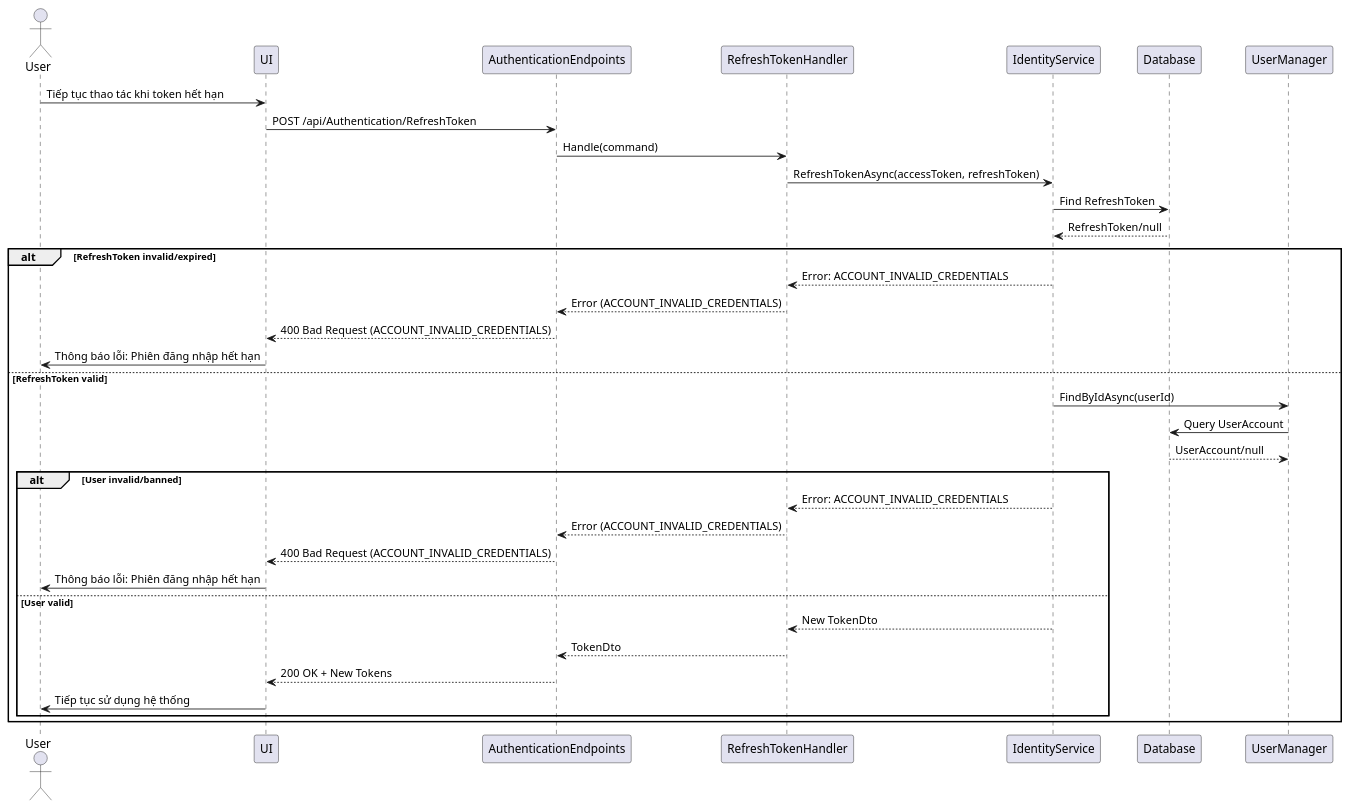
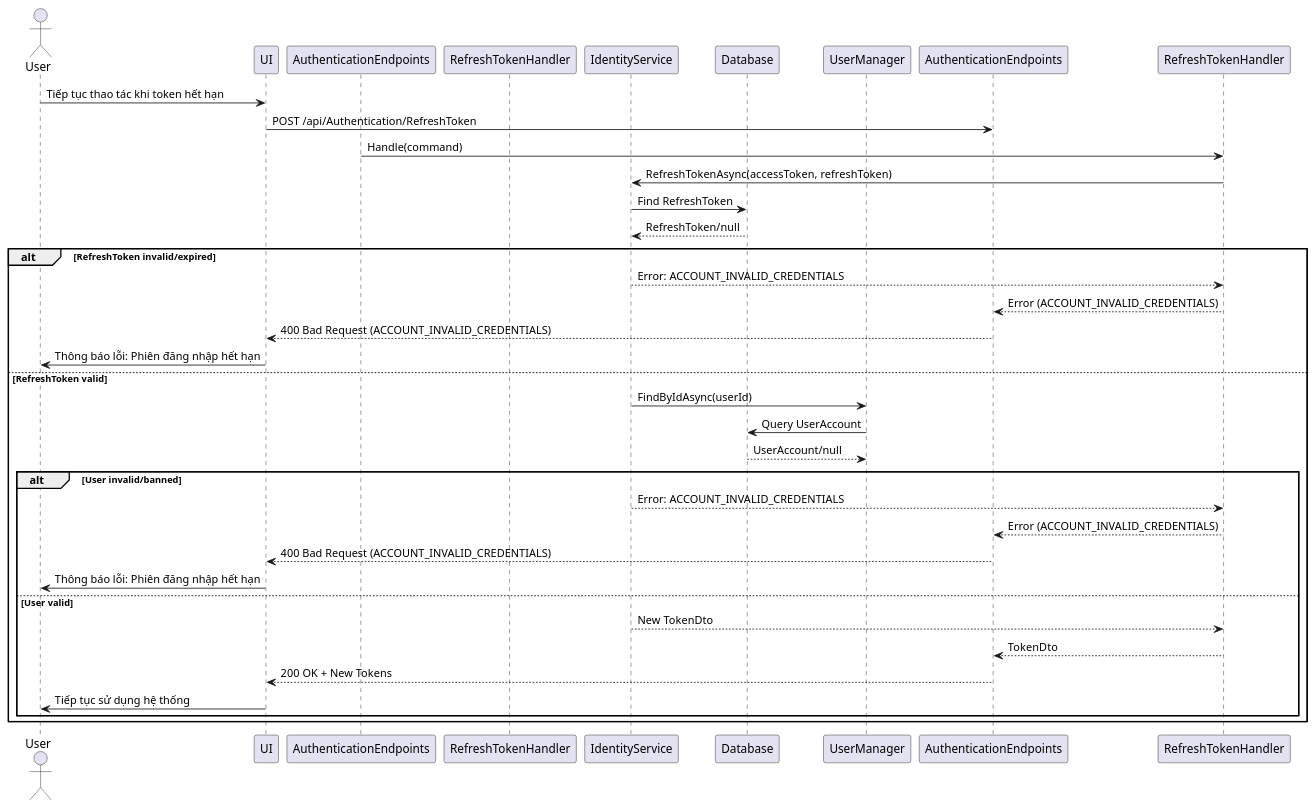
Before and after one commit to thanhkhac/SEP_Diagram: the diagram in authentication/Sequence/05_RefreshToken.puml, drawn with PlantUML. The commit also changed 8 other files, not shown here.

First line of the commit message:
Update authentication sequence diagrams for clarity and consistency

```diff
--- a/authentication/Sequence/05_RefreshToken.puml
+++ b/authentication/Sequence/05_RefreshToken.puml
@@ -1,37 +1,37 @@
 @startuml
 actor User
 participant UI
-participant AuthenticationEndpoints
-participant RefreshTokenHandler
+participant AuthenticationEndpoints as Endpoint
+participant RefreshTokenHandler as Handler
 participant IdentityService
 participant Database
 participant UserManager
 
 User -> UI : Tiếp tục thao tác khi token hết hạn
 UI -> AuthenticationEndpoints : POST /api/Authentication/RefreshToken
-AuthenticationEndpoints -> RefreshTokenHandler : Handle(command)
+Endpoint -> RefreshTokenHandler : Handle(command)
 RefreshTokenHandler -> IdentityService : RefreshTokenAsync(accessToken, refreshToken)
 IdentityService -> Database : Find RefreshToken
 Database --> IdentityService : RefreshToken/null
 alt RefreshToken invalid/expired
     IdentityService --> RefreshTokenHandler : Error: ACCOUNT_INVALID_CREDENTIALS
     RefreshTokenHandler --> AuthenticationEndpoints : Error (ACCOUNT_INVALID_CREDENTIALS)
     AuthenticationEndpoints --> UI : 400 Bad Request (ACCOUNT_INVALID_CREDENTIALS)
     UI -> User : Thông báo lỗi: Phiên đăng nhập hết hạn
 else RefreshToken valid
     IdentityService -> UserManager : FindByIdAsync(userId)
     UserManager -> Database : Query UserAccount
     Database --> UserManager : UserAccount/null
     alt User invalid/banned
         IdentityService --> RefreshTokenHandler : Error: ACCOUNT_INVALID_CREDENTIALS
         RefreshTokenHandler --> AuthenticationEndpoints : Error (ACCOUNT_INVALID_CREDENTIALS)
         AuthenticationEndpoints --> UI : 400 Bad Request (ACCOUNT_INVALID_CREDENTIALS)
         UI -> User : Thông báo lỗi: Phiên đăng nhập hết hạn
     else User valid
         IdentityService --> RefreshTokenHandler : New TokenDto
         RefreshTokenHandler --> AuthenticationEndpoints : TokenDto
         AuthenticationEndpoints --> UI : 200 OK + New Tokens
         UI -> User : Tiếp tục sử dụng hệ thống
     end
 end
 @enduml
```
